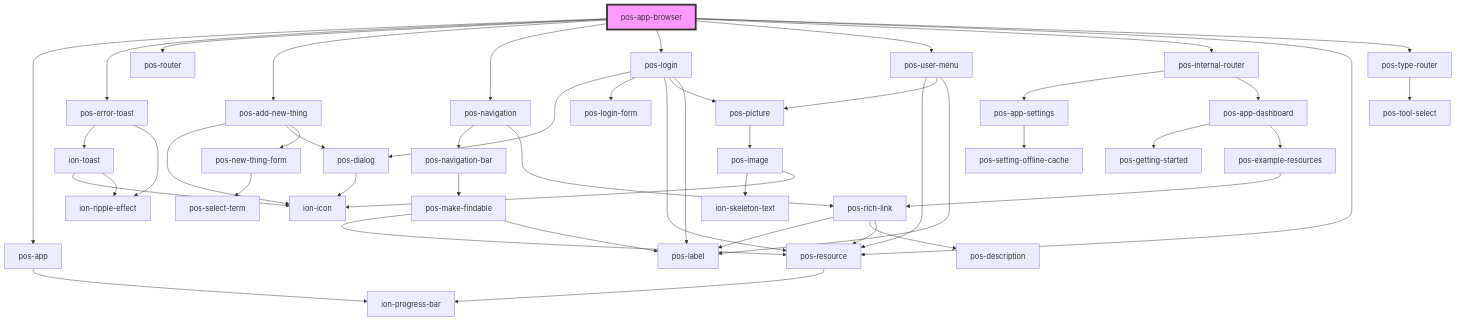
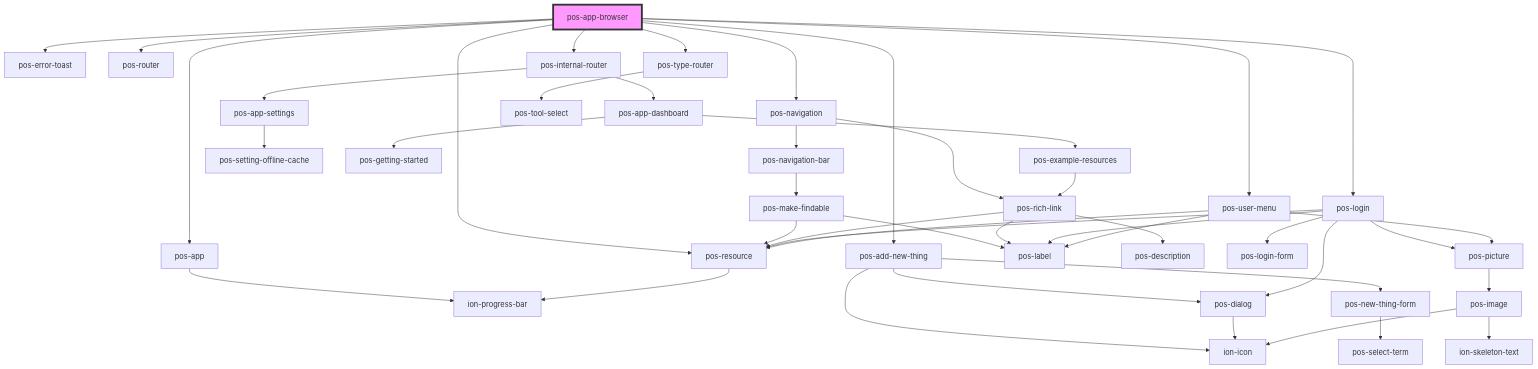
One commit to pod-os/PodOS changed the diagram in docs/elements/apps/pos-app-browser/readme.md. Above: the diagram before and after it, drawn with Mermaid. The commit also changed 6 other files, not shown here.

````diff
--- a/docs/elements/apps/pos-app-browser/readme.md
+++ b/docs/elements/apps/pos-app-browser/readme.md
@@ -32,51 +32,47 @@
 ```mermaid
 graph TD;
   pos-app-browser --> pos-app
   pos-app-browser --> pos-error-toast
   pos-app-browser --> pos-router
   pos-app-browser --> pos-add-new-thing
   pos-app-browser --> pos-navigation
   pos-app-browser --> pos-login
   pos-app-browser --> pos-user-menu
   pos-app-browser --> pos-internal-router
   pos-app-browser --> pos-resource
   pos-app-browser --> pos-type-router
   pos-app --> ion-progress-bar
-  pos-error-toast --> ion-toast
-  pos-error-toast --> ion-ripple-effect
-  ion-toast --> ion-icon
-  ion-toast --> ion-ripple-effect
   pos-add-new-thing --> ion-icon
   pos-add-new-thing --> pos-dialog
   pos-add-new-thing --> pos-new-thing-form
   pos-dialog --> ion-icon
   pos-new-thing-form --> pos-select-term
   pos-navigation --> pos-navigation-bar
   pos-navigation --> pos-rich-link
   pos-navigation-bar --> pos-make-findable
   pos-make-findable --> pos-resource
   pos-make-findable --> pos-label
   pos-resource --> ion-progress-bar
   pos-rich-link --> pos-label
   pos-rich-link --> pos-description
   pos-rich-link --> pos-resource
   pos-login --> pos-dialog
   pos-login --> pos-login-form
   pos-login --> pos-resource
   pos-login --> pos-picture
   pos-login --> pos-label
   pos-picture --> pos-image
   pos-image --> ion-skeleton-text
   pos-image --> ion-icon
   pos-user-menu --> pos-resource
   pos-user-menu --> pos-picture
   pos-user-menu --> pos-label
   pos-internal-router --> pos-app-settings
   pos-internal-router --> pos-app-dashboard
   pos-app-settings --> pos-setting-offline-cache
   pos-app-dashboard --> pos-getting-started
   pos-app-dashboard --> pos-example-resources
   pos-example-resources --> pos-rich-link
   pos-type-router --> pos-tool-select
   style pos-app-browser fill:#f9f,stroke:#333,stroke-width:4px
 ```
````
